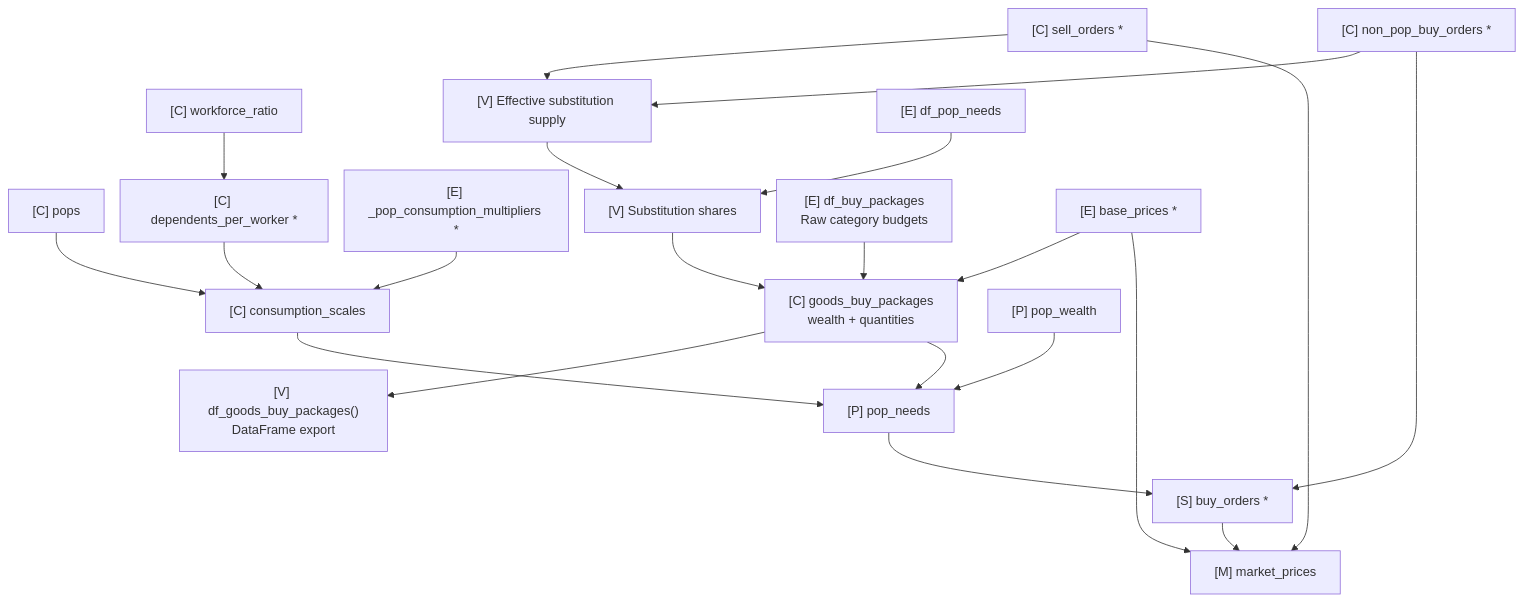
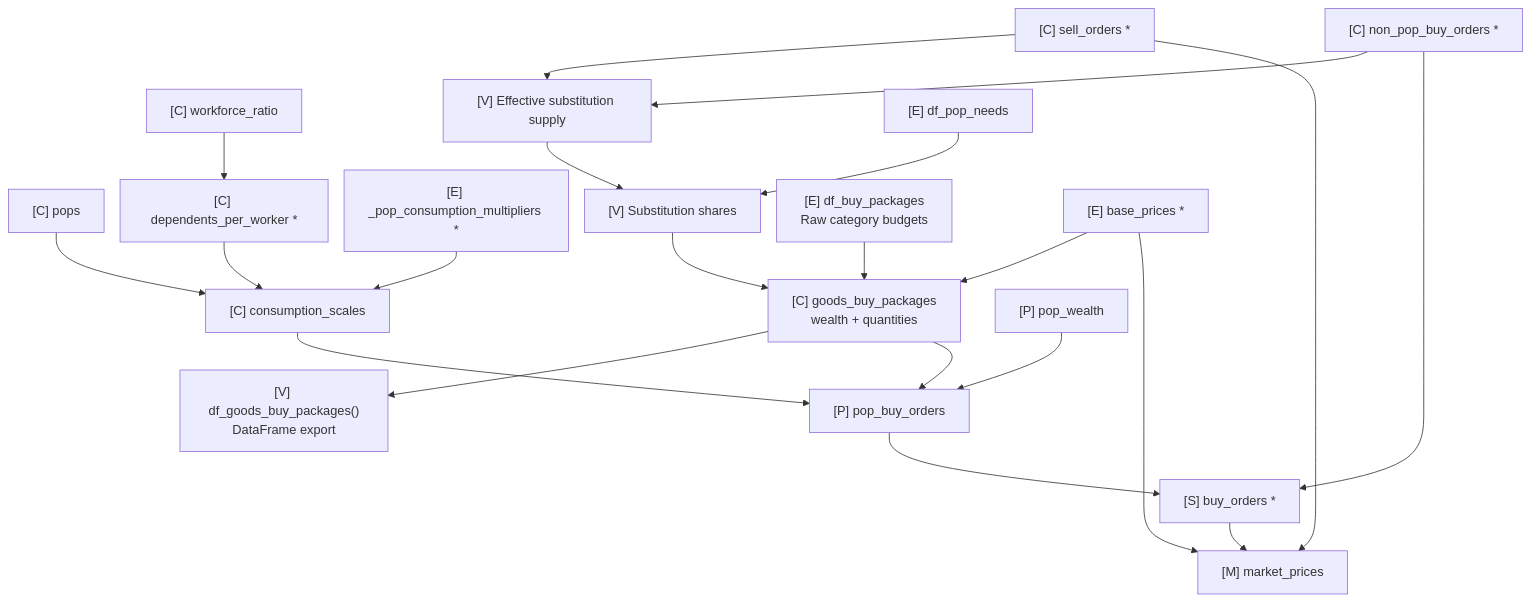
One commit to ShabbyGayBar/victoria3-analysis changed the second of 4 diagrams in docs/design/economy-dependencies.md. Above: the diagram before and after it, drawn with Mermaid. The commit also changed 12 other files, not shown here.

Commit message:
refactor: rename pop_needs in EconomyState to pop_buy_orders

````diff
--- a/docs/design/economy-dependencies.md
+++ b/docs/design/economy-dependencies.md
@@ -114,49 +114,49 @@
 ```mermaid
 ---
 config:
   flowchart:
     useMaxWidth: false
     nodeSpacing: 20
     rankSpacing: 35
   themeCSS: |
     .node.model rect { fill: var(--vic3-owner-economy) !important; }
     .node.context rect { fill: var(--vic3-owner-context) !important; }
     .node.market rect { fill: var(--vic3-owner-market) !important; }
     .node.household rect { fill: var(--vic3-owner-pop) !important; }
     .node.snapshot rect { fill: var(--vic3-owner-state) !important; }
     .node.variable rect { fill: var(--vic3-owner-variable) !important; }
     .node rect { stroke: var(--vic3-owner-border) !important; }
     .nodeLabel { color: var(--vic3-owner-text) !important; }
     .flowchart-link { stroke: var(--vic3-owner-edge) !important; }
     marker path { fill: var(--vic3-owner-edge) !important; stroke: var(--vic3-owner-edge) !important; }
     .edgeLabel, .edgeLabel p { color: var(--vic3-owner-text) !important; background: var(--md-default-bg-color) !important; }
 ---
 flowchart TD
     N["[C] pops"]:::context --> SC["[C] consumption_scales"]:::context
     R["[C] workforce_ratio"]:::context --> D["[C] dependents_per_worker *"]:::context
     D --> SC
     CM["[E] _pop_consumption_multipliers *"]:::model --> SC
 
     SELL["[C] sell_orders *"]:::context --> ES["[V] Effective substitution supply"]:::variable
     NP["[C] non_pop_buy_orders *"]:::context --> ES
 
     ES --> SH["[V] Substitution shares"]:::variable
     PN["[E] df_pop_needs"]:::model --> SH
 
     SH --> Q["[C] goods_buy_packages<br/>wealth + quantities"]:::context
     RAW["[E] df_buy_packages<br/>Raw category budgets"]:::model --> Q
     BASE["[E] base_prices *"]:::model --> Q
     Q --> QR["[V] df_goods_buy_packages()<br/>DataFrame export"]:::variable
 
-    Q --> NEEDS["[P] pop_needs"]:::household
+    Q --> NEEDS["[P] pop_buy_orders"]:::household
     SC --> NEEDS
     W["[P] pop_wealth"]:::household --> NEEDS
 
     NEEDS --> BUY["[S] buy_orders *"]:::snapshot
     NP --> BUY
 
     BUY --> PRICE["[M] market_prices"]:::market
     SELL --> PRICE
     BASE --> PRICE
 
 ```
````
